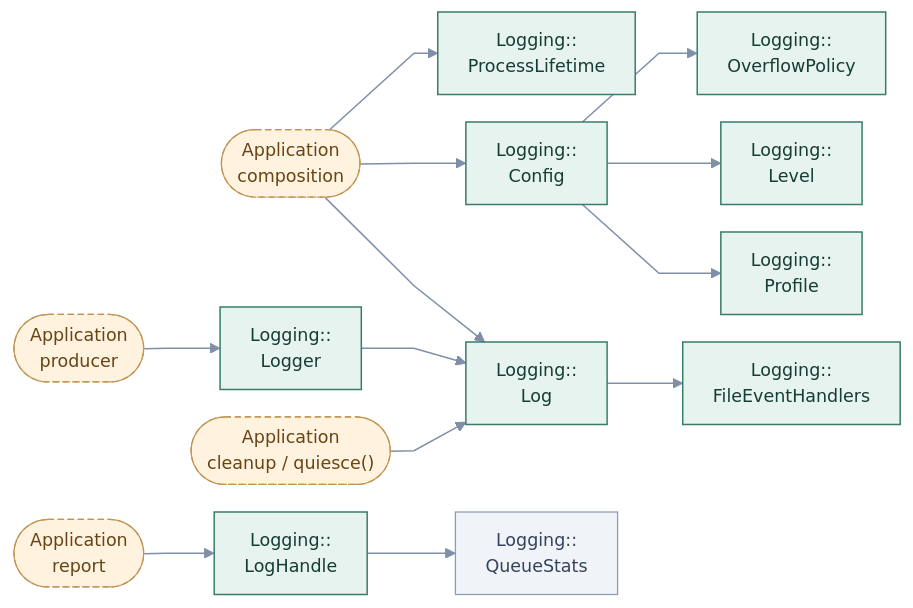
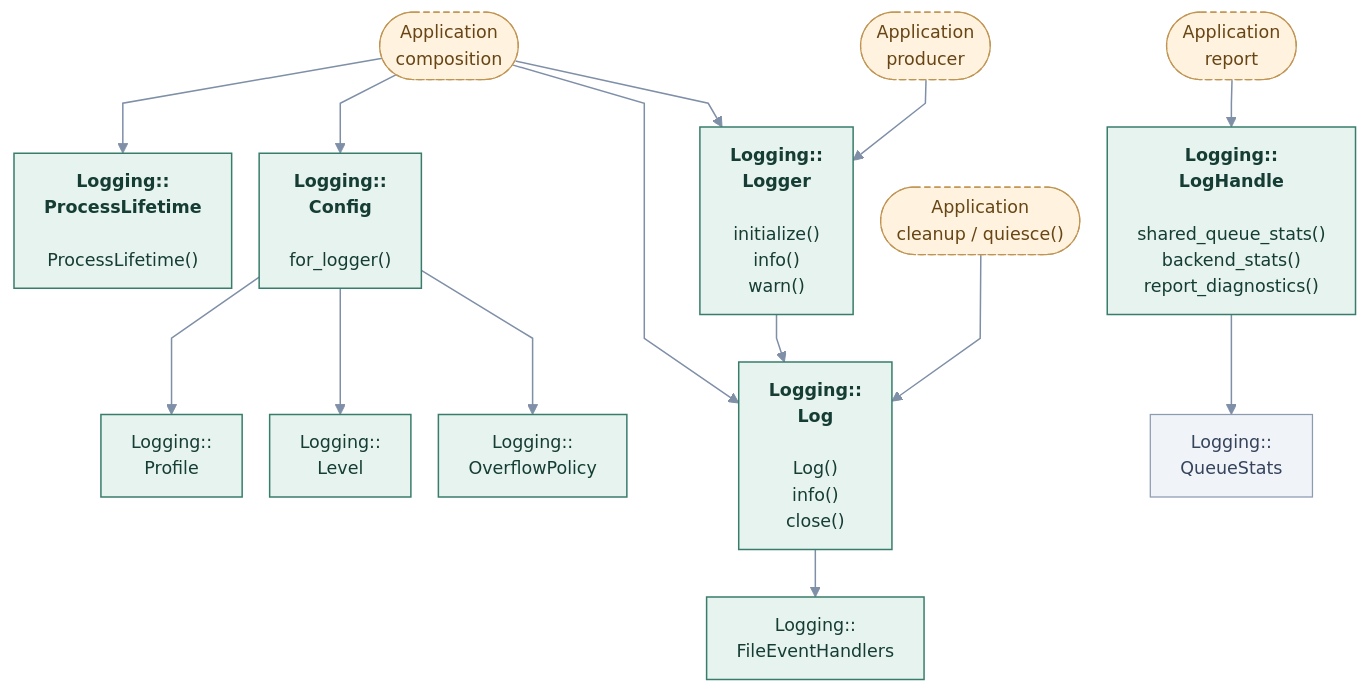
The diagram in docs/site/engine-systems/diagrams/logging-application.mmd (cppcooper/cheryl-engine), drawn with Mermaid before and after one commit. The commit also changed 25 other files, not shown here.

First line of the commit message:
Adds public method entry points to application diagrams

```diff
--- a/docs/site/engine-systems/diagrams/logging-application.mmd
+++ b/docs/site/engine-systems/diagrams/logging-application.mmd
@@ -1,47 +1,48 @@
 ---
 config:
   theme: base
   themeVariables:
     fontFamily: system-ui, sans-serif
     fontSize: 14px
   flowchart:
     htmlLabels: true
     curve: linear
     nodeSpacing: 22
     rankSpacing: 38
     padding: 12
 ---
-flowchart LR
+flowchart TB
     accTitle: Logging · application configuration and writers
-    accDescr: Arrows point toward dependencies. Application roles are rounded; named API operations have rounded corners. Dashed arrows mark optional choices.
+    accDescr: Arrows point toward the API or type used, not call order or data flow. Methods beneath type names are selected application entry points; Implement hooks marks engine-invoked overrides. Dashed arrows mark optional choices.
     k0(["Application<br/>composition"]):::app
-    k1["Logging::<br/>ProcessLifetime"]:::focal
-    k2["Logging::<br/>Config"]:::focal
-    k3["Logging::<br/>Log"]:::focal
+    k1["<b>Logging::<br/>ProcessLifetime</b><br/><br/>ProcessLifetime()"]:::focal
+    k2["<b>Logging::<br/>Config</b><br/><br/>for_logger()"]:::focal
+    k3["<b>Logging::<br/>Log</b><br/><br/>Log()<br/>info()<br/>close()"]:::focal
     k4["Logging::<br/>Profile"]:::focal
     k5["Logging::<br/>Level"]:::focal
     k6["Logging::<br/>OverflowPolicy"]:::focal
     k7["Logging::<br/>FileEventHandlers"]:::focal
     k8(["Application<br/>producer"]):::app
-    k9["Logging::<br/>Logger"]:::focal
+    k9["<b>Logging::<br/>Logger</b><br/><br/>initialize()<br/>info()<br/>warn()"]:::focal
     k10(["Application<br/>report"]):::app
-    k11["Logging::<br/>LogHandle"]:::focal
+    k11["<b>Logging::<br/>LogHandle</b><br/><br/>shared_queue_stats()<br/>backend_stats()<br/>report_diagnostics()"]:::focal
     k12["Logging::<br/>QueueStats"]:::neighbor
     k13(["Application<br/>cleanup / quiesce()"]):::app
     k0 --> k1
     k0 --> k2
     k0 --> k3
     k2 --> k4
     k2 --> k5
     k2 --> k6
     k3 --> k7
     k8 --> k9
     k9 --> k3
     k10 --> k11
     k11 --> k12
     k13 --> k3
+    k0 --> k9
     classDef focal fill:#e7f3ef,stroke:#387d6b,color:#153d33,stroke-width:1.2px
     classDef neighbor fill:#f0f3f8,stroke:#8c9bb1,color:#35445b,stroke-width:1px
     classDef app fill:#fff2df,stroke:#c09452,color:#674515,stroke-dasharray:5 3
     classDef system fill:#eaf0fc,stroke:#617fab,color:#263f69,stroke-width:1.2px
     linkStyle default stroke:#7e8fa7,stroke-width:1.2px
```
